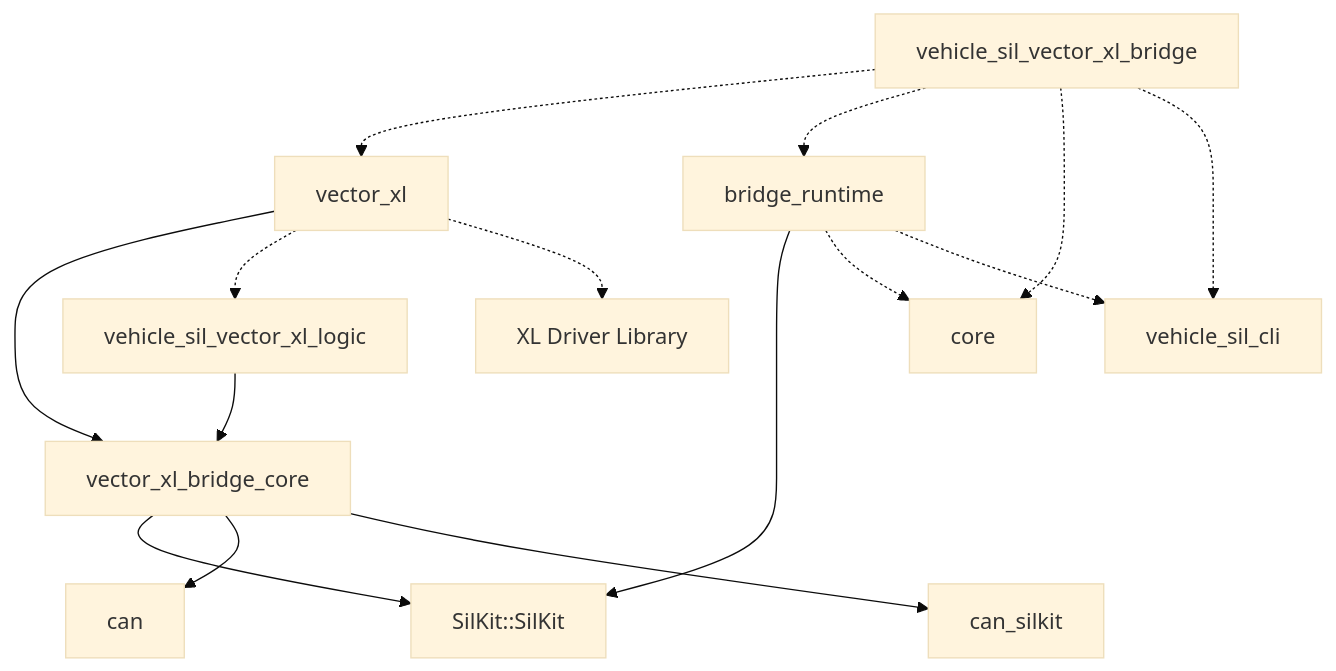
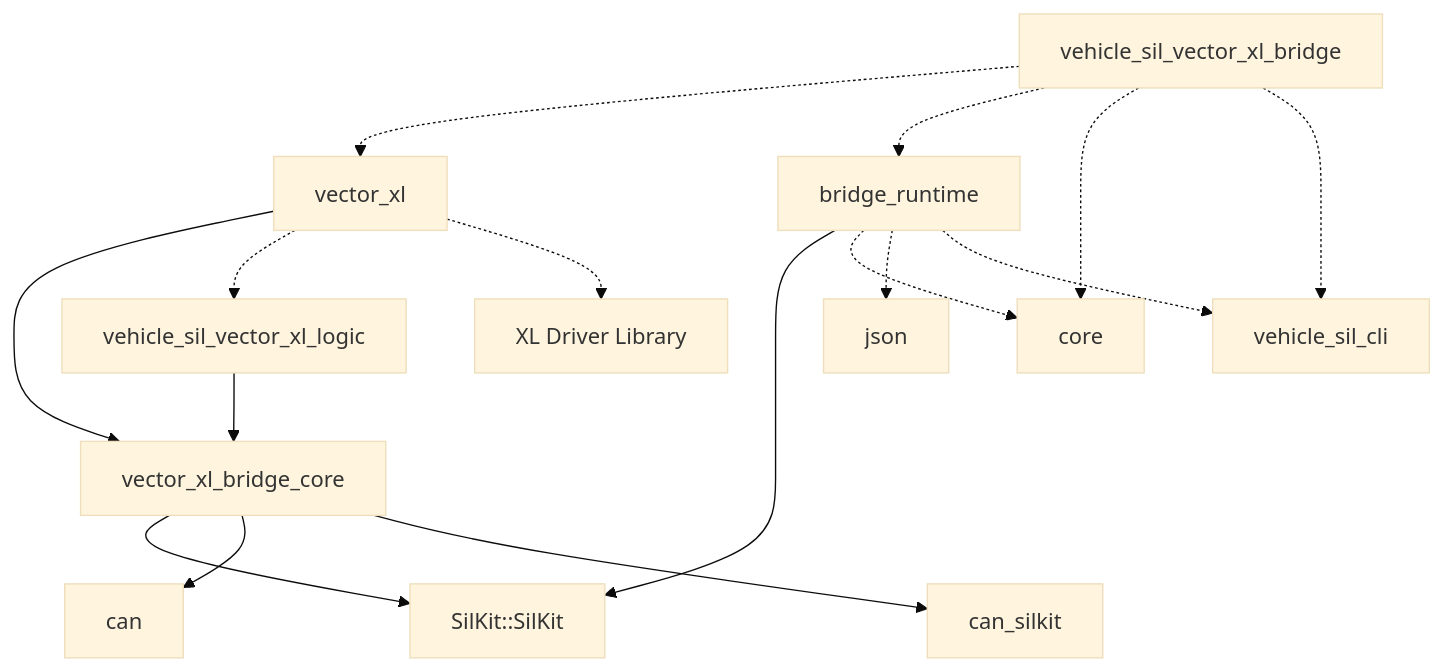
The seventh of 8 diagrams in docs/code-map.md (rahanahu/vehicle-sil), drawn with Mermaid (base theme) before and after one commit. The commit also changed other lines of this file and 33 other files, not shown here.

````diff
--- a/docs/code-map.md
+++ b/docs/code-map.md
@@ -1390,17 +1394,18 @@
 ```mermaid
 flowchart TD
     vector_xl_bridge_core --> SilKit["SilKit::SilKit"]
     vector_xl_bridge_core --> can
     vector_xl_bridge_core --> can_silkit
     vehicle_sil_vector_xl_logic --> vector_xl_bridge_core
     vector_xl --> vector_xl_bridge_core
     vector_xl -.-> vehicle_sil_vector_xl_logic
     vector_xl -.-> vxlapi["XL Driver Library"]
     vehicle_sil_vector_xl_bridge -.-> vector_xl
     vehicle_sil_vector_xl_bridge -.-> bridge_runtime
     vehicle_sil_vector_xl_bridge -.-> core
     vehicle_sil_vector_xl_bridge -.-> vehicle_sil_cli
     bridge_runtime --> SilKit
     bridge_runtime -.-> core
+    bridge_runtime -.-> json
     bridge_runtime -.-> vehicle_sil_cli
 ```
````
